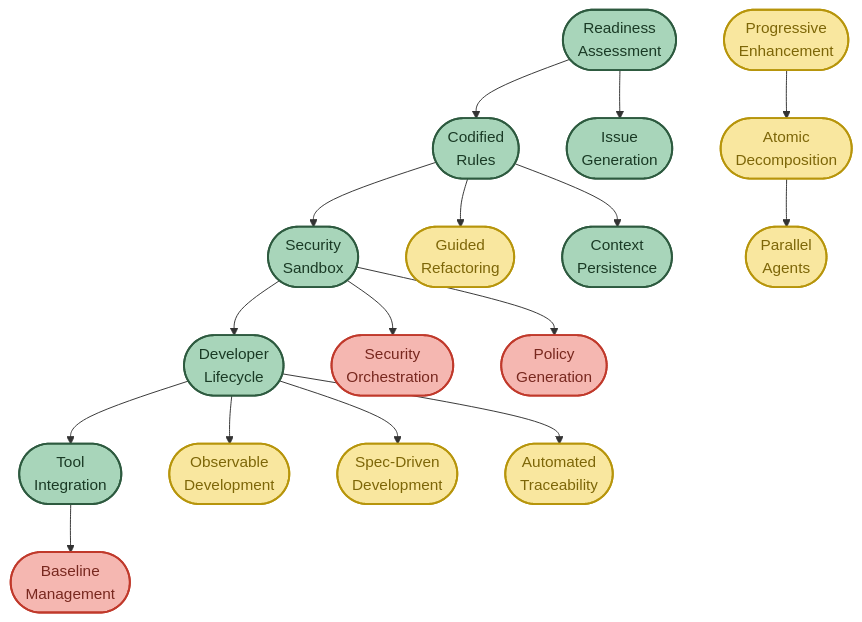
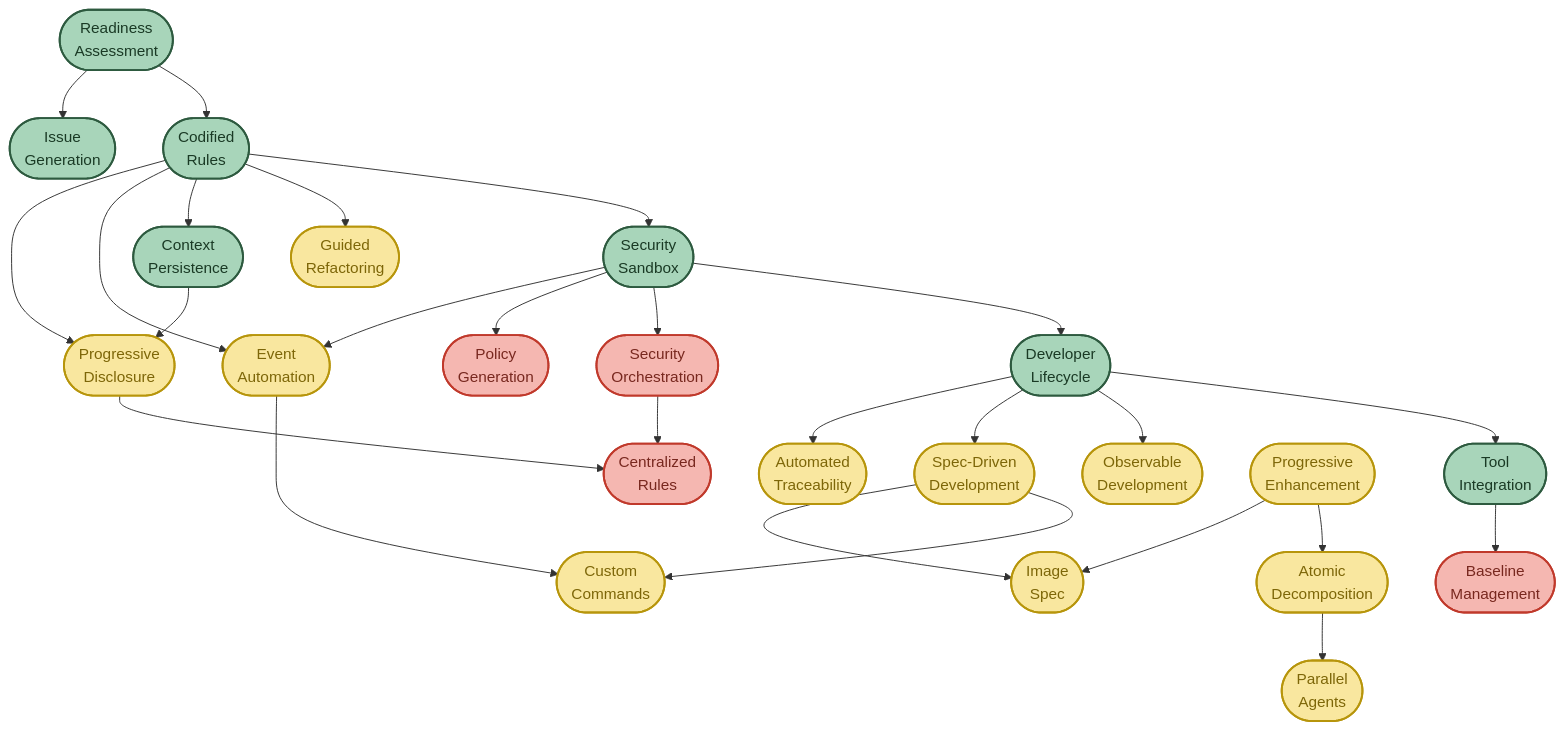
One commit to PaulDuvall/ai-development-patterns changed the first of 14 diagrams in README.md. Above: the diagram before and after it, drawn with Mermaid. The commit also changed 1 other file, not shown here.

Commit message:
Update overview diagram for promoted patterns

````diff
--- a/README.md
+++ b/README.md
@@ -12,53 +12,68 @@
 ```mermaid
 graph TB
     %% ROW 1: Foundation start (left to right)
     RA([Readiness<br/>Assessment]) --> CR([Codified<br/>Rules])
     CR --> SS([Security<br/>Sandbox])
     SS --> DL([Developer<br/>Lifecycle])
     DL --> TI([Tool<br/>Integration])
 
     %% ROW 2: Operations & branches (loops back)
     TI --> BM([Baseline<br/>Management])
     SS --> SO([Security<br/>Orchestration])
     SS --> PG([Policy<br/>Generation])
+    SO --> CZR([Centralized<br/>Rules])
 
     %% ROW 3: Development patterns (flows forward again)
     DL --> OD([Observable<br/>Development])
     DL --> SD([Spec-Driven<br/>Development])
     DL --> AT([Automated<br/>Traceability])
     CR --> GR([Guided<br/>Refactoring])
     CR --> CP([Context<br/>Persistence])
     RA --> IG([Issue<br/>Generation])
+    CR --> EA([Event<br/>Automation])
+    SS --> EA
+    EA --> CC([Custom<br/>Commands])
+    SD --> CC
+    CP --> PD([Progressive<br/>Disclosure])
+    CR --> PD
+    SD --> IS([Image<br/>Spec])
+    PD --> CZR
 
     %% ROW 4: Development chain
     PE([Progressive<br/>Enhancement]) --> AD([Atomic<br/>Decomposition])
     AD --> PA([Parallel<br/>Agents])
+    PE --> IS
 
     %% STYLING
     classDef foundation fill:#a8d5ba,stroke:#2d5a3f,stroke-width:2px,color:#1a3a25
     classDef development fill:#f9e79f,stroke:#b7950b,stroke-width:2px,color:#7d6608
     classDef operations fill:#f5b7b1,stroke:#c0392b,stroke-width:2px,color:#78281f
 
     class RA,CR,SS,DL,TI,IG,CP foundation
-    class PE,SD,AD,PA,OD,GR,AT development
-    class PG,SO,BM operations
+    class PE,SD,AD,PA,OD,GR,AT,EA,CC,PD,IS development
+    class PG,SO,BM,CZR operations
 
     %% CLICKABLE LINKS
     click RA "https://github.com/PaulDuvall/ai-development-patterns#readiness-assessment"
     click CR "https://github.com/PaulDuvall/ai-development-patterns#codified-rules"
     click SS "https://github.com/PaulDuvall/ai-development-patterns#security-sandbox"
     click DL "https://github.com/PaulDuvall/ai-development-patterns#developer-lifecycle"
     click TI "https://github.com/PaulDuvall/ai-development-patterns#tool-integration"
     click IG "https://github.com/PaulDuvall/ai-development-patterns#issue-generation"
     click CP "https://github.com/PaulDuvall/ai-development-patterns#context-persistence"
     click PE "https://github.com/PaulDuvall/ai-development-patterns#progressive-enhancement"
     click SD "https://github.com/PaulDuvall/ai-development-patterns#spec-driven-development"
     click AD "https://github.com/PaulDuvall/ai-development-patterns#atomic-decomposition"
     click PA "https://github.com/PaulDuvall/ai-development-patterns#parallel-agents"
     click OD "https://github.com/PaulDuvall/ai-development-patterns#observable-development"
     click GR "https://github.com/PaulDuvall/ai-development-patterns#guided-refactoring"
     click AT "https://github.com/PaulDuvall/ai-development-patterns#automated-traceability"
+    click EA "https://github.com/PaulDuvall/ai-development-patterns#event-automation"
+    click CC "https://github.com/PaulDuvall/ai-development-patterns#custom-commands"
+    click PD "https://github.com/PaulDuvall/ai-development-patterns#progressive-disclosure"
+    click IS "https://github.com/PaulDuvall/ai-development-patterns#image-spec"
     click PG "https://github.com/PaulDuvall/ai-development-patterns#policy-generation"
     click SO "https://github.com/PaulDuvall/ai-development-patterns#security-orchestration"
+    click CZR "https://github.com/PaulDuvall/ai-development-patterns#centralized-rules"
     click BM "https://github.com/PaulDuvall/ai-development-patterns#baseline-management"
 ```
````
